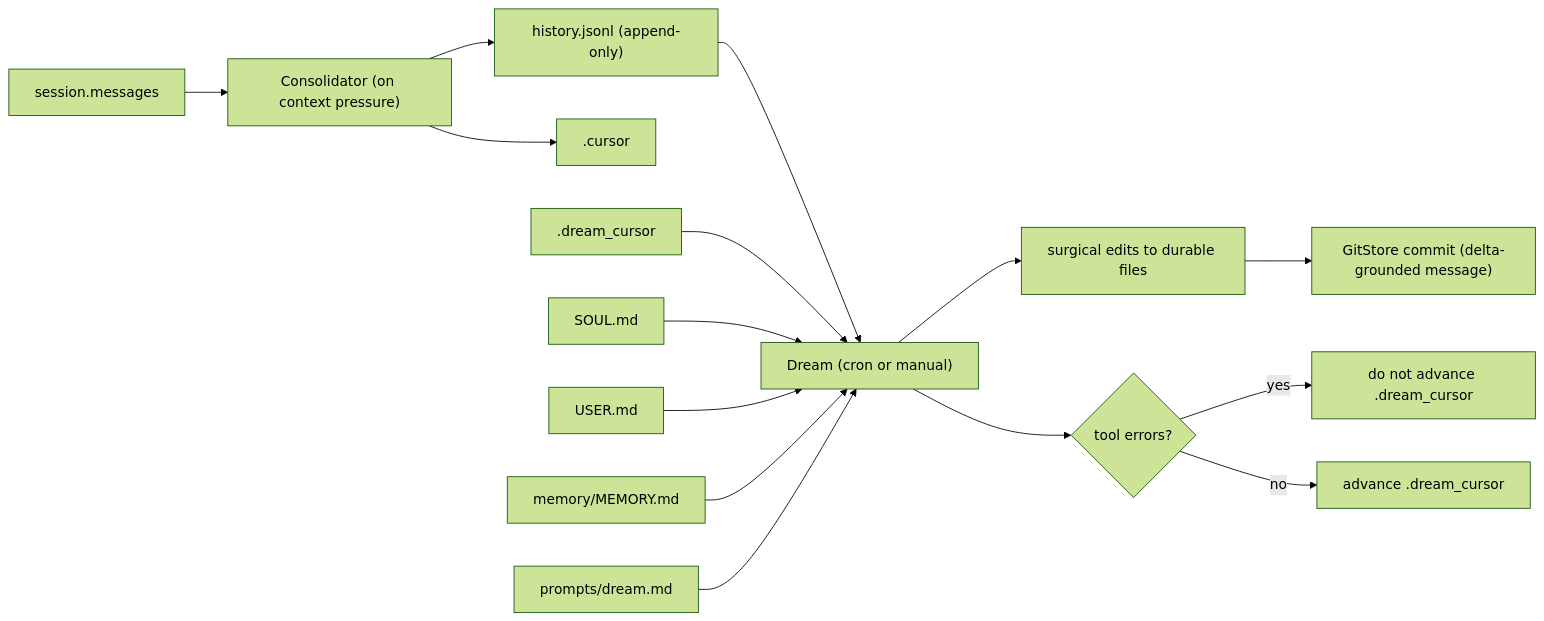
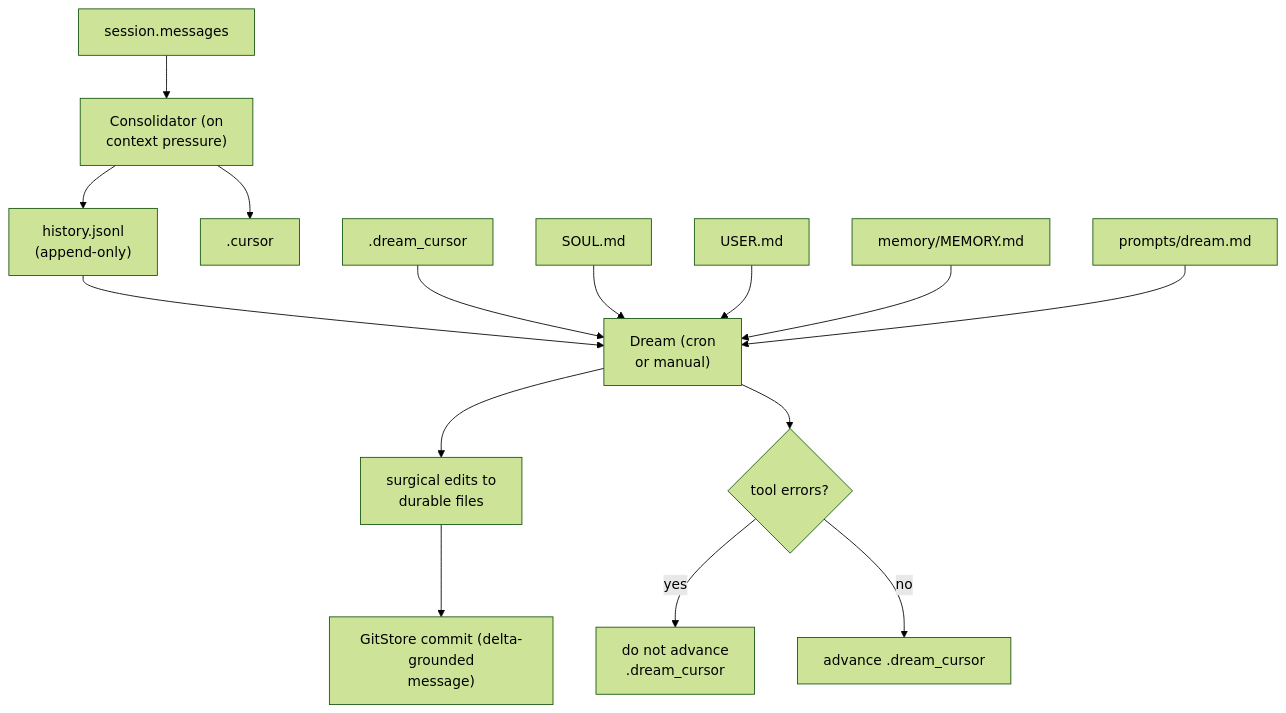
Before and after one commit to neoneye/agent-memory-atlas: the diagram in content/systems/nanobot.md, drawn with Mermaid (forest theme). The commit also changed 99 other files, not shown here.

First line of the commit message:
Reshape the remaining 49 diagrams so their labels are legible

````diff
--- a/content/systems/nanobot.md
+++ b/content/systems/nanobot.md
@@ -88,17 +88,17 @@
 ```mermaid
-flowchart LR
-  Conv["session.messages"] --> Cons["Consolidator (on context pressure)"]
-  Cons --> Hist["history.jsonl (append-only)"]
+flowchart TD
+  Conv["session.messages"] --> Cons["Consolidator (on<br/>context pressure)"]
+  Cons --> Hist["history.jsonl<br/>(append-only)"]
   Cons --> C1[".cursor"]
-  Hist --> Dream["Dream (cron or manual)"]
+  Hist --> Dream["Dream (cron<br/>or manual)"]
   C2[".dream_cursor"] --> Dream
   Soul["SOUL.md"] --> Dream
   User["USER.md"] --> Dream
   Mem["memory/MEMORY.md"] --> Dream
   Prompt["prompts/dream.md"] --> Dream
-  Dream --> Edit["surgical edits to durable files"]
-  Edit --> Git["GitStore commit (delta-grounded message)"]
+  Dream --> Edit["surgical edits to<br/>durable files"]
+  Edit --> Git["GitStore commit (delta-grounded<br/>message)"]
   Dream --> Guard{"tool errors?"}
-  Guard -->|yes| Hold["do not advance .dream_cursor"]
+  Guard -->|yes| Hold["do not advance<br/>.dream_cursor"]
   Guard -->|no| Adv["advance .dream_cursor"]
 ```
````
